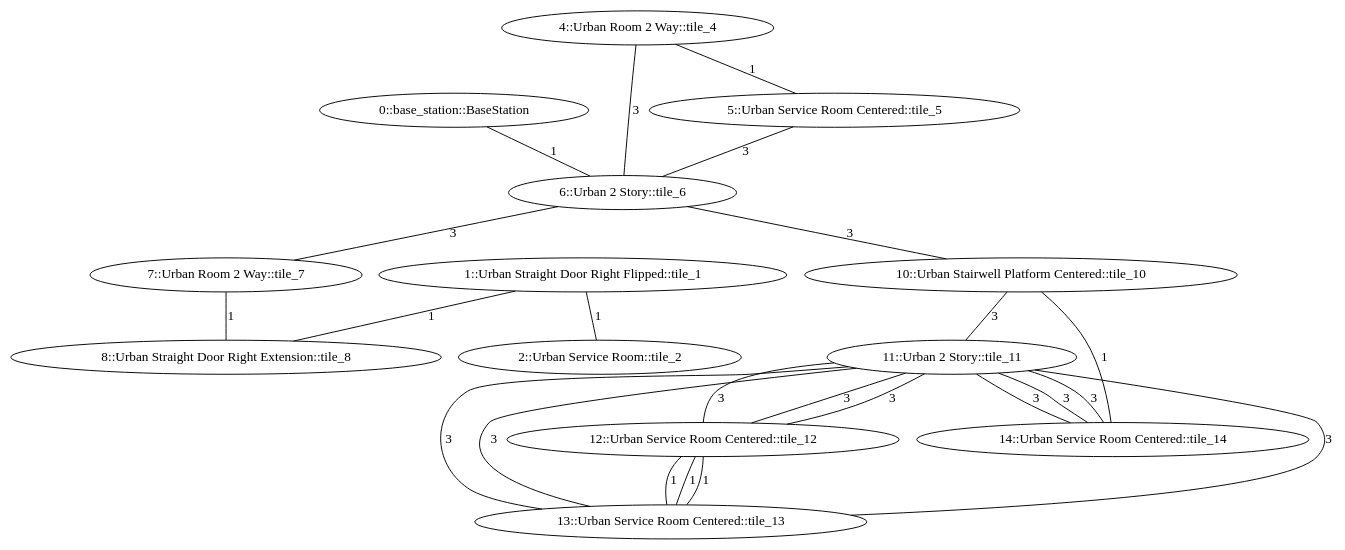
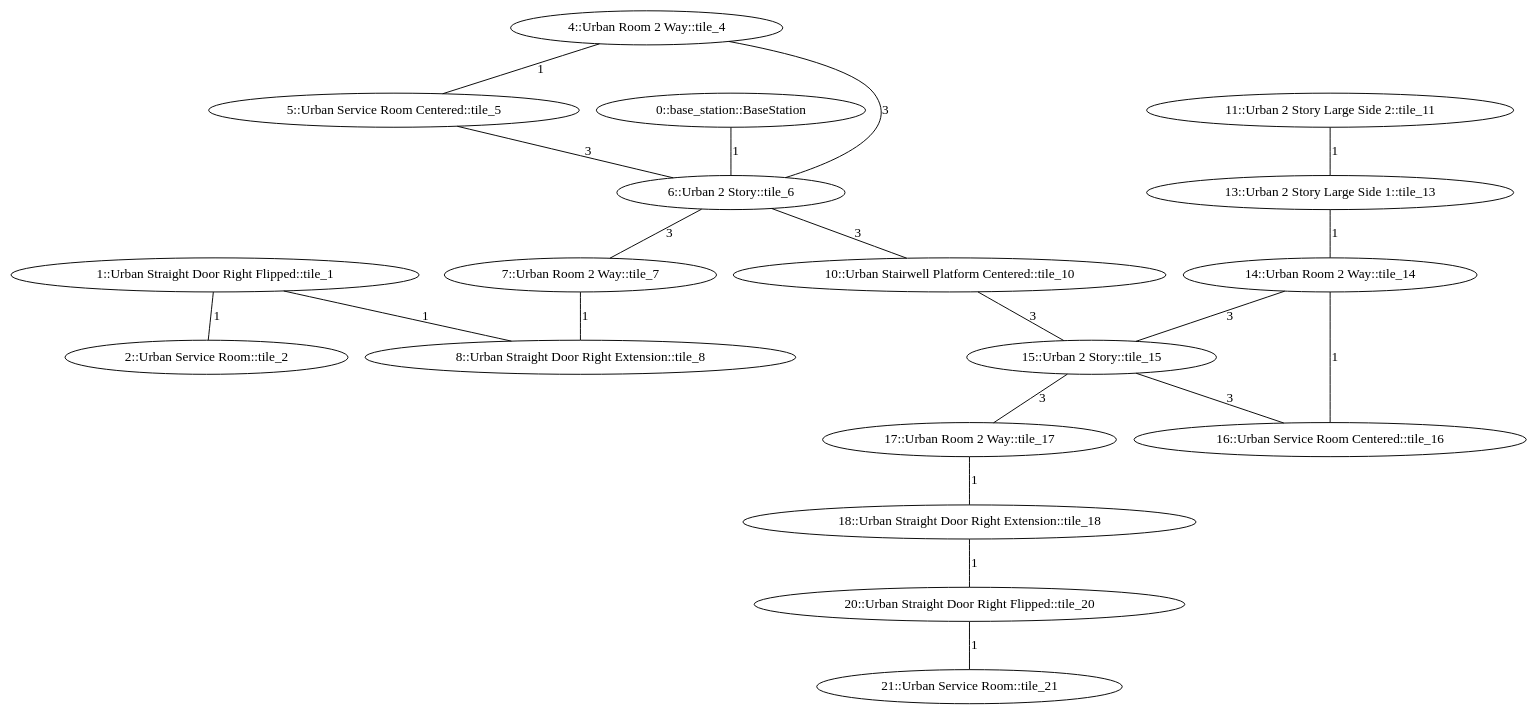
The diagram in subt_ign/worlds/urban_circuit_practice_03.dot (osrf/subt), drawn with Graphviz before and after one commit. The commit also changed 2 other files, not shown here.

Commit message:
update world to include large urban 2 story building

```diff
--- a/subt_ign/worlds/urban_circuit_practice_03.dot
+++ b/subt_ign/worlds/urban_circuit_practice_03.dot
@@ -1,50 +1,51 @@
 /* Visibility graph for urban_circuit_practice_03.tsv */
 /* Generated with the tile_tsv.py script: */
-/*   tile_tsv.py urban_circuit_practice_03.tsv -\-graph-file urban_circuit_practice_03.dot -\-world-file urban_circuit_practice_03.sdf -\-world-name urban_circuit_practice_03 -\-scale_x 40 -\-scale_y 40 -\-urban -\-y0 24 -\-x0 -56 -\-z0 -9 */
+/*   tile_tsv.py urban_circuit_practice_03.tsv -\-graph-file urban_circuit_practice_03.dot -\-world-file urban_circuit_practice_03.sdf -\-world-name urban_circuit_practice_03 -\-scale_x 40 -\-scale_y 40 -\-urban -\-y0 24 -\-x0 -136 -\-z0 -9 */
 
 graph {
   /* ==== Vertices ==== */
 
   /* Base station / Staging area */
   0   [label="0::base_station::BaseStation"];
 
   1   [label="1::Urban Straight Door Right Flipped::tile_1"];
   2   [label="2::Urban Service Room::tile_2"];
   4   [label="4::Urban Room 2 Way::tile_4"];
   5   [label="5::Urban Service Room Centered::tile_5"];
   6   [label="6::Urban 2 Story::tile_6"];
   7   [label="7::Urban Room 2 Way::tile_7"];
   8   [label="8::Urban Straight Door Right Extension::tile_8"];
   10  [label="10::Urban Stairwell Platform Centered::tile_10"];
-  11  [label="11::Urban 2 Story::tile_11"];
-  12  [label="12::Urban Service Room Centered::tile_12"];
-  13  [label="13::Urban Service Room Centered::tile_13"];
-  14  [label="14::Urban Service Room Centered::tile_14"];
+  11  [label="11::Urban 2 Story Large Side 2::tile_11"];
+  13  [label="13::Urban 2 Story Large Side 1::tile_13"];
+  14  [label="14::Urban Room 2 Way::tile_14"];
+  15  [label="15::Urban 2 Story::tile_15"];
+  16  [label="16::Urban Service Room Centered::tile_16"];
+  17  [label="17::Urban Room 2 Way::tile_17"];
+  18  [label="18::Urban Straight Door Right Extension::tile_18"];
+  20  [label="20::Urban Straight Door Right Flipped::tile_20"];
+  21  [label="21::Urban Service Room::tile_21"];
 
   /* ==== Edges ==== */
 
   /* Base station */
   0  -- 6   [label=1];
   1  -- 8   [label=1];
   4  -- 6   [label=3];  /* Intersection */
   5  -- 6   [label=3];  /* Intersection */
   6  -- 7   [label=3];  /* Intersection */
   6  -- 10  [label=3];  /* Intersection */
   7  -- 8   [label=1];
-  10 -- 11  [label=3];  /* Intersection */
-  10 -- 14  [label=1];
+  10 -- 15  [label=3];  /* Intersection */
+  11 -- 13  [label=1];
+  13 -- 14  [label=1];
+  14 -- 15  [label=3];  /* Intersection */
+  14 -- 16  [label=1];
+  15 -- 17  [label=3];  /* Intersection */
+  17 -- 18  [label=1];
+  18 -- 20  [label=1];
   1  -- 2   [label=1];
   4  -- 5   [label=1];
-  11 -- 12  [label=3];  /* Intersection */
-  11 -- 13  [label=3];  /* Intersection */
-  11 -- 14  [label=3];  /* Intersection */
-  12 -- 13  [label=1];
-  11 -- 12  [label=3];  /* Intersection */
-  11 -- 13  [label=3];  /* Intersection */
-  11 -- 14  [label=3];  /* Intersection */
-  12 -- 13  [label=1];
-  11 -- 12  [label=3];  /* Intersection */
-  11 -- 13  [label=3];  /* Intersection */
-  11 -- 14  [label=3];  /* Intersection */
-  12 -- 13  [label=1];
+  15 -- 16  [label=3];  /* Intersection */
+  20 -- 21  [label=1];
 }
```
